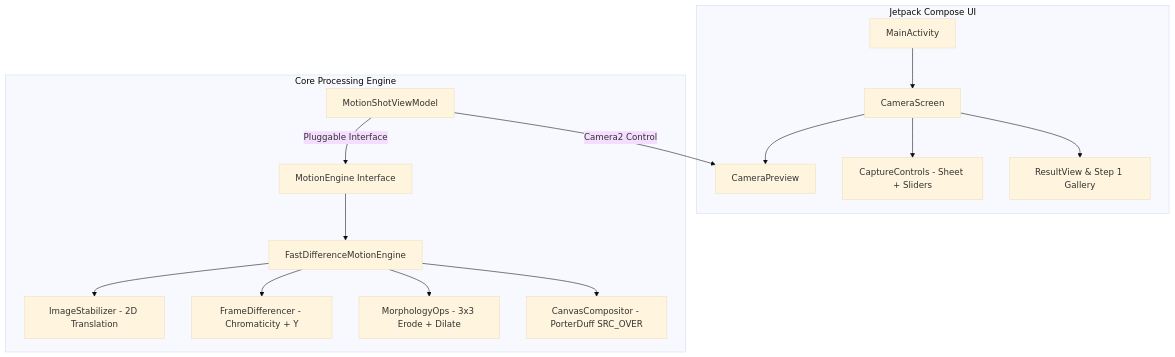
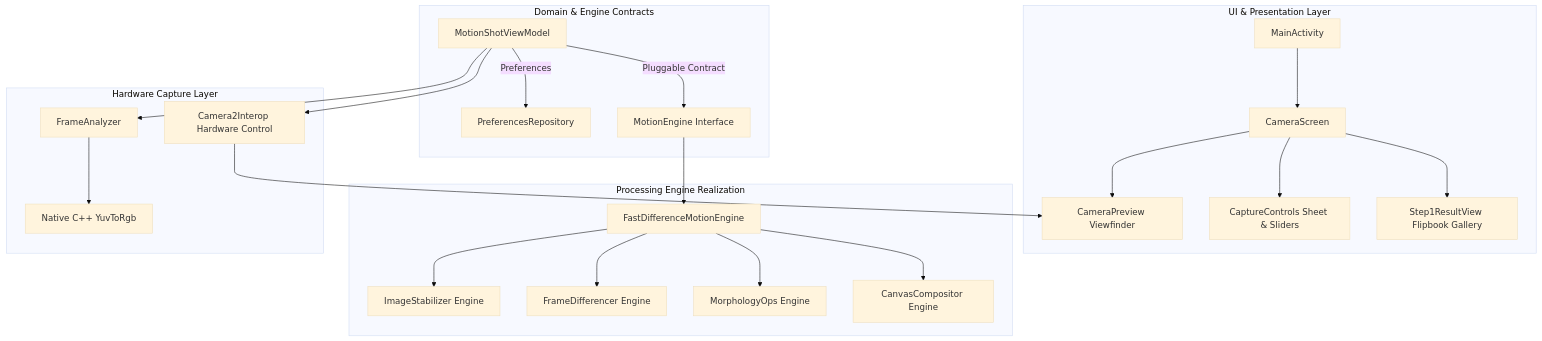
Before and after one commit to AhmadHassan-BTed/MotionShot: the first of 5 diagrams in README.md, drawn with Mermaid (base theme). The commit also changed other lines of this file and 31 other files, not shown here.

Commit message:
feat: implement motion engine architecture, camera controls, and repository persistence with full project documentation and CI integration.

````diff
--- a/README.md
+++ b/README.md
@@ -38,19 +41,29 @@
 ```mermaid
 graph TD
-    subgraph UI["Jetpack Compose UI"]
+    subgraph Presentation["UI & Presentation Layer"]
         MA[MainActivity] --> CS[CameraScreen]
-        CS --> CP[CameraPreview]
-        CS --> CC[CaptureControls - Sheet + Sliders]
-        CS --> RV[ResultView & Step 1 Gallery]
+        CS --> CP[CameraPreview Viewfinder]
+        CS --> CC[CaptureControls Sheet & Sliders]
+        CS --> RV[Step1ResultView Flipbook Gallery]
     end
 
-    subgraph Core["Core Processing Engine"]
-        VM[MotionShotViewModel] --> |Camera2 Control| CP
-        VM --> |Pluggable Interface| ME[MotionEngine Interface]
+    subgraph Domain["Domain & Engine Contracts"]
+        VM[MotionShotViewModel] --> |Preferences| PR[PreferencesRepository]
+        VM --> |Pluggable Contract| ME[MotionEngine Interface]
+    end
+
+    subgraph Engine["Processing Engine Realization"]
         ME --> FDEM[FastDifferenceMotionEngine]
-        FDEM --> STAB[ImageStabilizer - 2D Translation]
-        FDEM --> DIFF[FrameDifferencer - Chromaticity + Y]
-        FDEM --> MORPH[MorphologyOps - 3x3 Erode + Dilate]
-        FDEM --> CCMP[CanvasCompositor - PorterDuff SRC_OVER]
+        FDEM --> STAB[ImageStabilizer Engine]
+        FDEM --> DIFF[FrameDifferencer Engine]
+        FDEM --> MORPH[MorphologyOps Engine]
+        FDEM --> CCMP[CanvasCompositor Engine]
+    end
+
+    subgraph Hardware["Hardware Capture Layer"]
+        VM --> FA[FrameAnalyzer]
+        FA --> YR[Native C++ YuvToRgb]
+        VM --> C2[Camera2Interop Hardware Control]
+        C2 --> CP
     end
 ```
````
